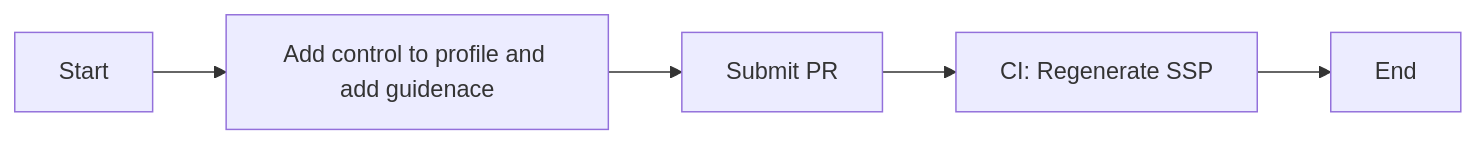
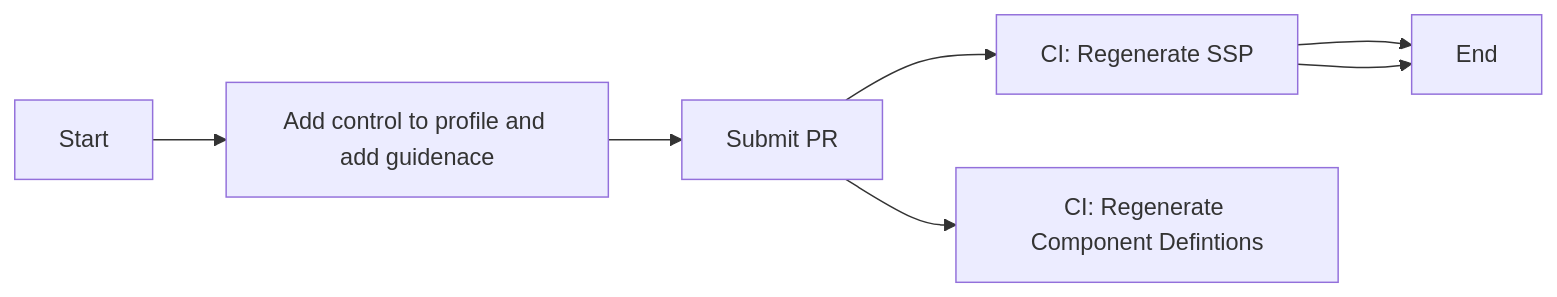
Before and after one commit to RedHatProductSecurity/trestle-demo: the third of 5 diagrams in docs/getting_started.md, drawn with Mermaid. The commit also changed other lines of this file and 1 other file, not shown here.

Commit message:
docs: updates getting started and ssp workflow
- Updates mispelling of definitions
- Adds compdef updates to control owner workflow

````diff
--- a/docs/getting_started.md
+++ b/docs/getting_started.md
@@ -242,7 +242,9 @@
 ```mermaid
 graph LR;
   A[Start] --> B[Add control to profile and add guidenace]
   B --> C[Submit PR]
   C --> D[CI: Regenerate SSP]
-  D --> E[End]
+  C --> E[CI: Regenerate Component Defintions]
+  D --> F[End]
+  D --> F
 ```
````
